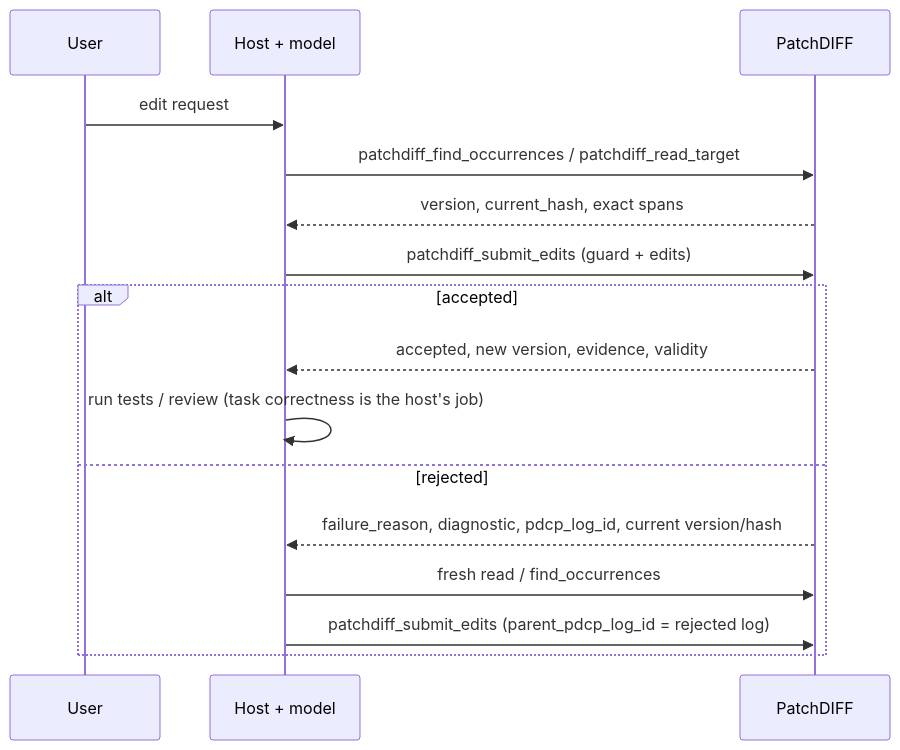
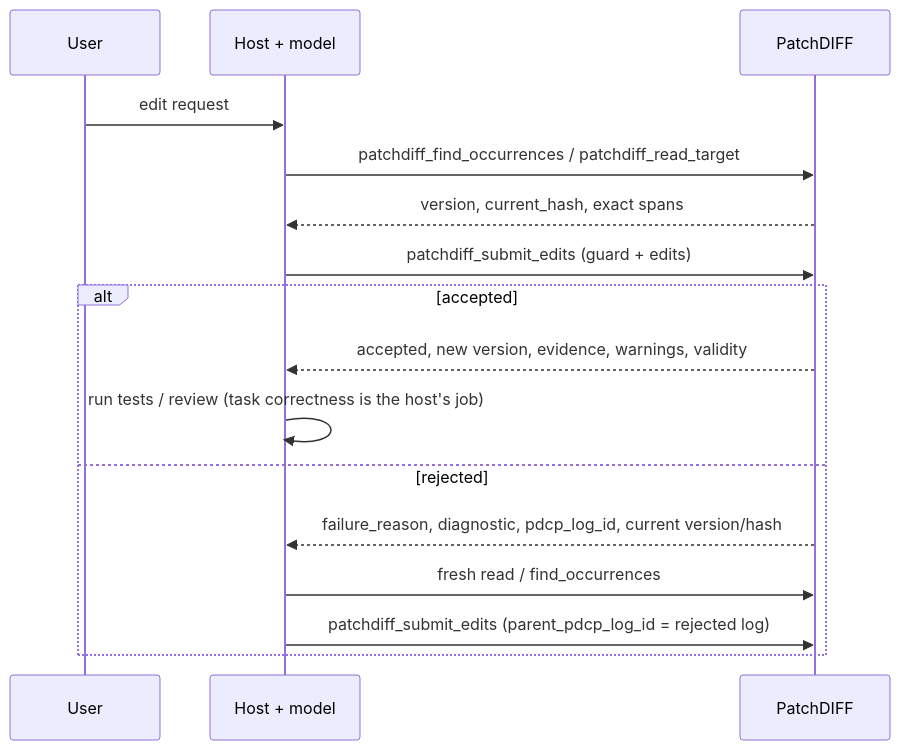
One commit to paragon-ux/Patch-DIFF changed the diagram in docs/HOST_INTEGRATION_GUIDE.md. Above: the diagram before and after it, drawn with Mermaid. The commit also changed other lines of this file and 18 other files, not shown here.

````diff
--- a/docs/HOST_INTEGRATION_GUIDE.md
+++ b/docs/HOST_INTEGRATION_GUIDE.md
@@ -29,18 +29,18 @@
 ```mermaid
 sequenceDiagram
     participant U as User
     participant H as Host + model
     participant P as PatchDIFF
     U->>H: edit request
     H->>P: patchdiff_find_occurrences / patchdiff_read_target
     P-->>H: version, current_hash, exact spans
     H->>P: patchdiff_submit_edits (guard + edits)
     alt accepted
-        P-->>H: accepted, new version, evidence, validity
+        P-->>H: accepted, new version, evidence, warnings, validity
         H->>H: run tests / review (task correctness is the host's job)
     else rejected
         P-->>H: failure_reason, diagnostic, pdcp_log_id, current version/hash
         H->>P: fresh read / find_occurrences
         H->>P: patchdiff_submit_edits (parent_pdcp_log_id = rejected log)
     end
 ```
````
